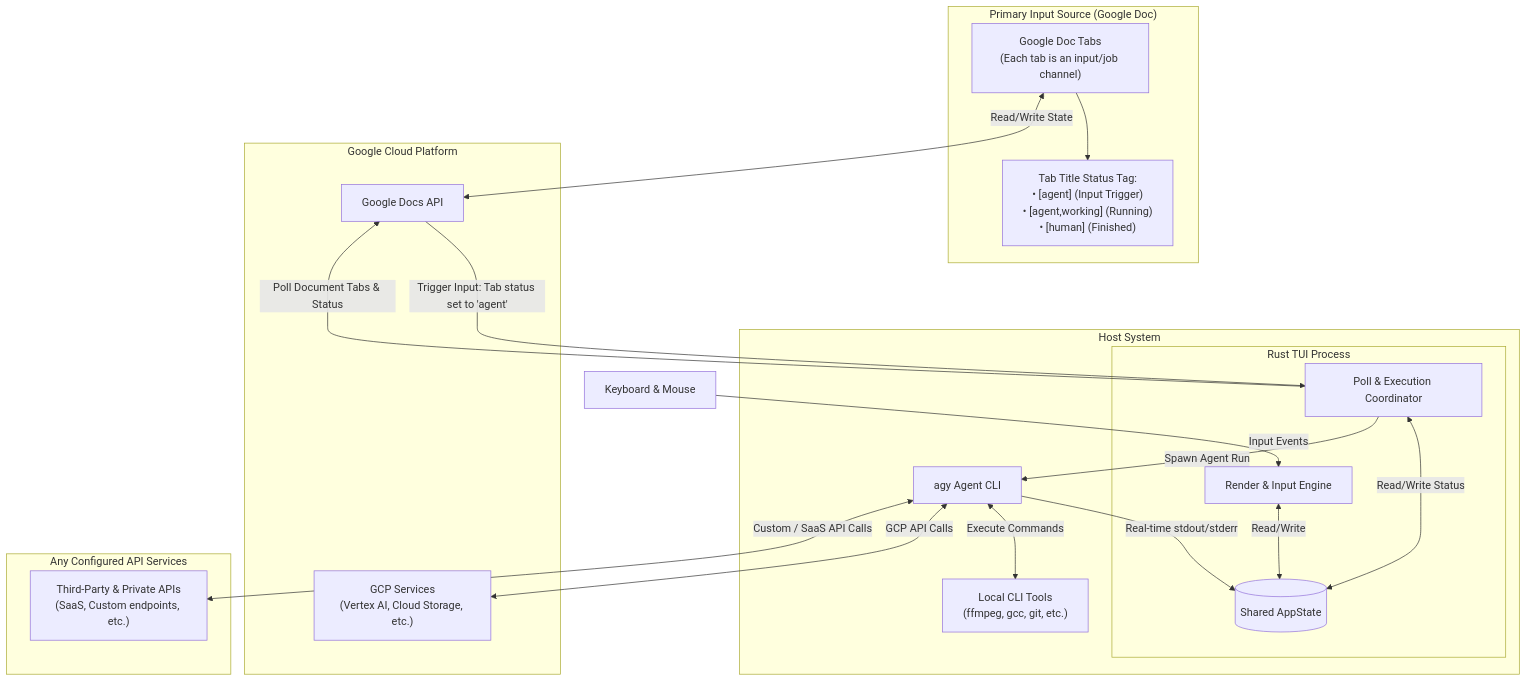
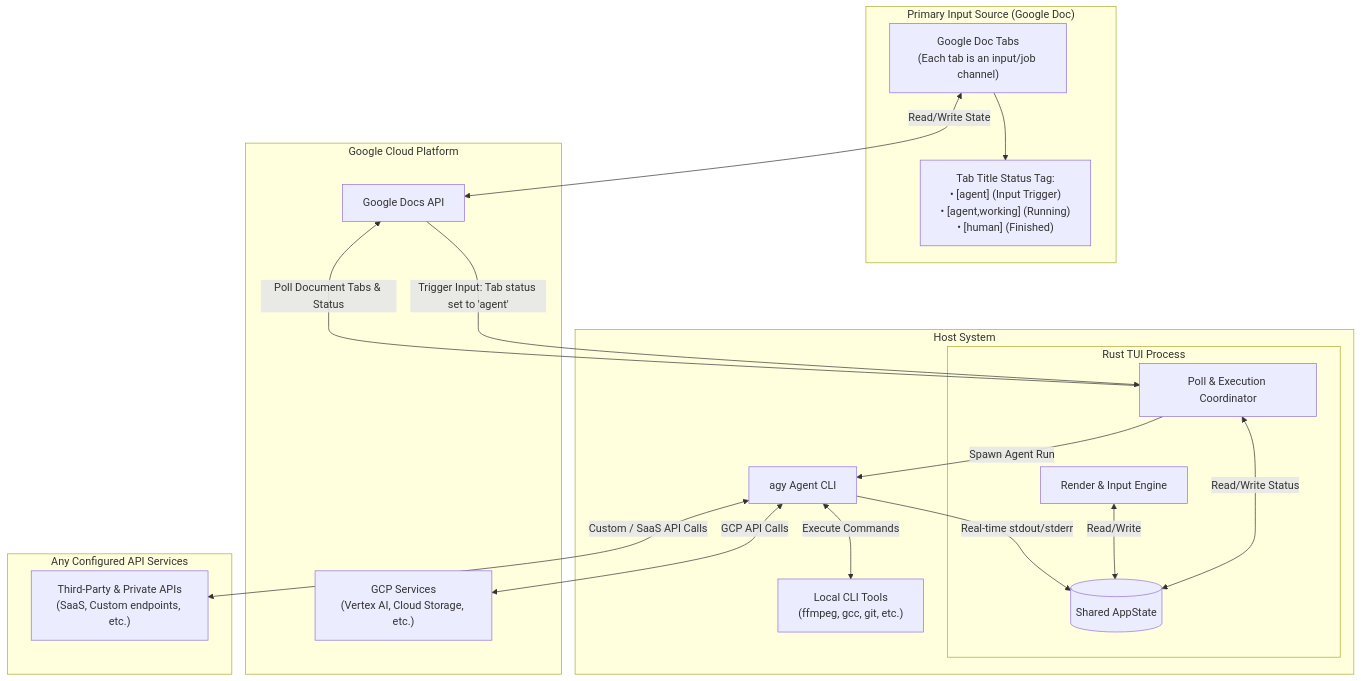
Before and after one commit to zechen0/gdocstasking: the diagram in README.md, drawn with Mermaid.

Commit message:
docs/readme: remove keyboard and mouse from architecture diagram

````diff
--- a/README.md
+++ b/README.md
@@ -30,49 +30,48 @@
 ```mermaid
 graph TD
     subgraph InputSource ["Primary Input Source (Google Doc)"]
         DocTabs["Google Doc Tabs<br>(Each tab is an input/job channel)"]
         TabStatus["Tab Title Status Tag:<br>• [agent] (Input Trigger)<br>• [agent,working] (Running)<br>• [human] (Finished)"]
         DocTabs --> TabStatus
     end
 
     subgraph Host ["Host System"]
         subgraph TUI ["Rust TUI Process"]
             UI["Render & Input Engine"]
             Poll["Poll & Execution Coordinator"]
             State[("Shared AppState")]
         end
         
         agy["agy Agent CLI"]
         tools["Local CLI Tools<br>(ffmpeg, gcc, git, etc.)"]
     end
     
     subgraph GCP ["Google Cloud Platform"]
         DocsAPI["Google Docs API"]
         GCPServices["GCP Services<br>(Vertex AI, Cloud Storage, etc.)"]
     end
     
     subgraph External ["Any Configured API Services"]
         APIs["Third-Party & Private APIs<br>(SaaS, Custom endpoints, etc.)"]
     end
     
     %% Inputs & Triggers
-    User["Keyboard & Mouse"] -->|Input Events| UI
     DocTabs <-->|Read/Write State| DocsAPI
     DocsAPI -->|Trigger Input: Tab status set to 'agent'| Poll
     
     %% UI State Communication
     UI <-->|Read/Write| State
     
     %% Polling & API Communication
     Poll -->|Poll Document Tabs & Status| DocsAPI
     Poll <-->|Read/Write Status| State
     
     %% Spawning agy
     Poll -->|Spawn Agent Run| agy
     agy -->|Real-time stdout/stderr| State
     
     %% agy interactions
     agy <-->|Execute Commands| tools
     agy <-->|GCP API Calls| GCPServices
     agy <-->|Custom / SaaS API Calls| APIs
 ```
````
